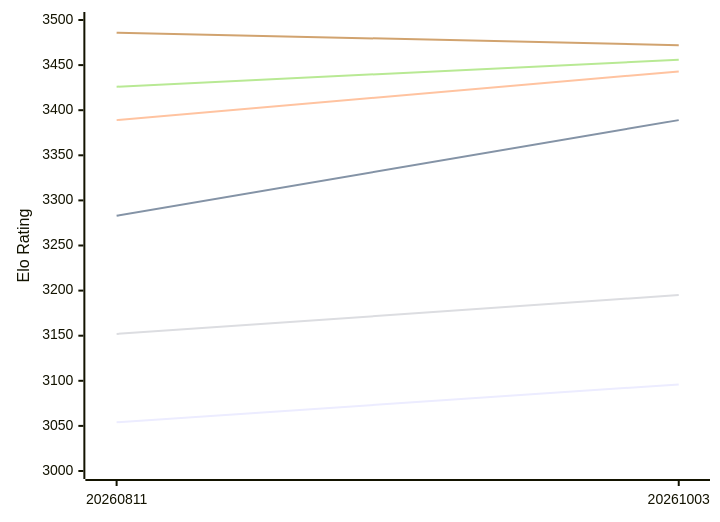
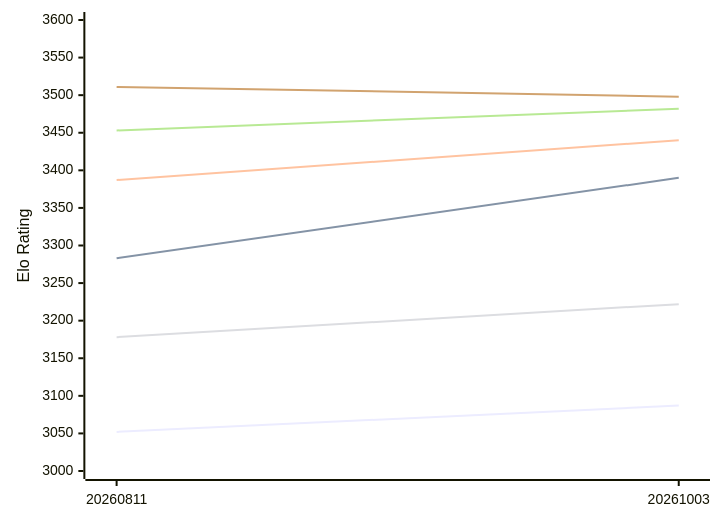
One commit to computer-chess-index/cci changed the first of 2 diagrams in engines/Askaig.md. Above: the diagram before and after it, drawn with Mermaid. The commit also changed other lines of this file, not shown here.

Commit message:
Update CCI Ratings (ELO VLTC) - 2026-11-04

````diff
--- a/engines/Askaig.md
+++ b/engines/Askaig.md
@@ -52,12 +52,12 @@
 ```mermaid
 %%{init: {"theme":"base","themeVariables":{"seriesColors:['#a3a3a3','#222221','#faa371']}}}%%
 xychart-beta
   x-axis ["20260811", "20261003"]
-  y-axis "Elo Rating" 3000 --> 3500
-  line "E1: STC (8.0+0.08s)" [3054, 3096]
-  line "E1: LTC (60.0+0.60s)" [3283, 3389]
-  line "E1: VLTC (2m24s+1.12s)" [3389, 3443]
-  line "P1: STC (8.0+0.08s)" [3152, 3195]
-  line "P1: LTC (60.0+0.60s)" [3426, 3456]
-  line "P1: VLTC (2m24s+1.12s)" [3486, 3472]
+  y-axis "Elo Rating" 3000 --> 3600
+  line "E1: STC (8.0+0.08s)" [3052, 3087]
+  line "E1: LTC (60.0+0.60s)" [3283, 3390]
+  line "E1: VLTC (2m24s+1.12s)" [3387, 3440]
+  line "P1: STC (8.0+0.08s)" [3178, 3222]
+  line "P1: LTC (60.0+0.60s)" [3453, 3482]
+  line "P1: VLTC (2m24s+1.12s)" [3511, 3498]
 ```
````
